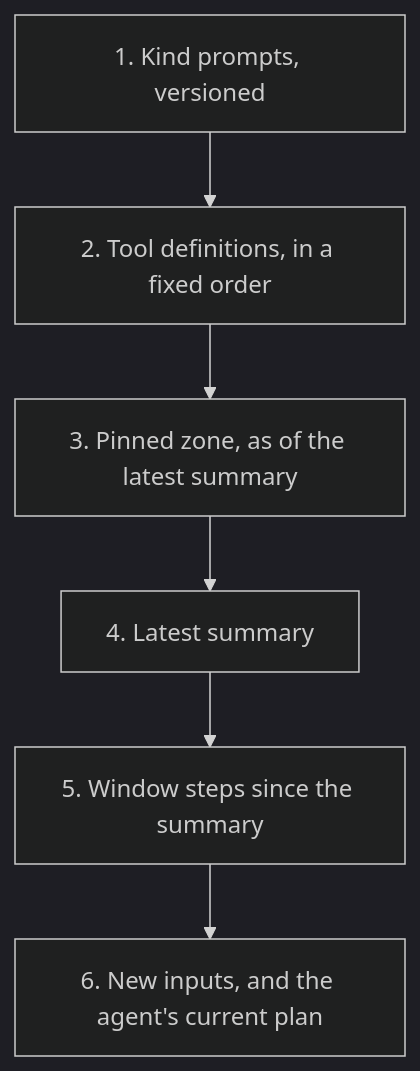
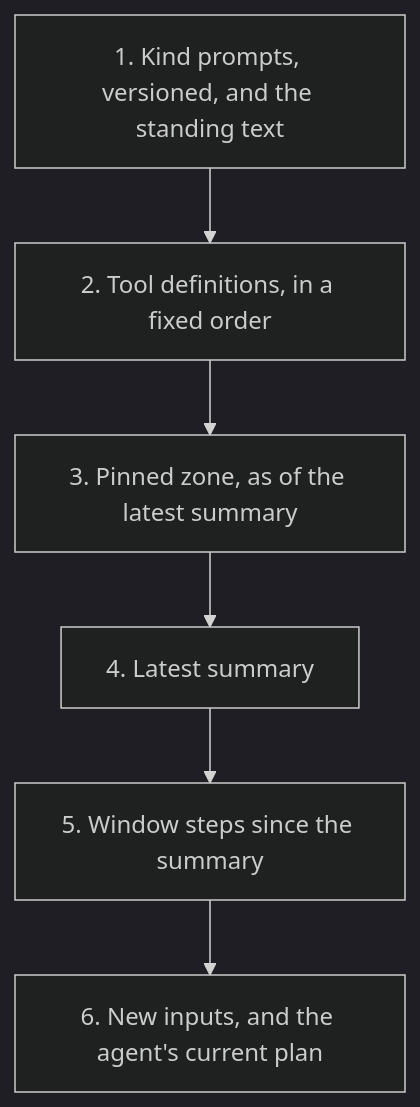
One commit to baristaze/agentic_core changed the fourth of 6 diagrams in agentic_core_spec.md. Above: the diagram before and after it, drawn with Mermaid (dark theme). The commit also changed other lines of this file and 26 other files, not shown here.

First line of the commit message:
A session's standing text renders whole in the system layer, pinned with the session (#97)

````diff
--- a/agentic_core_spec.md
+++ b/agentic_core_spec.md
@@ -480,8 +481,8 @@
 ```mermaid
 flowchart TB
-    A["1. Kind prompts, versioned"] --> B["2. Tool definitions, in a fixed order"]
+    A["1. Kind prompts, versioned, and the standing text"] --> B["2. Tool definitions, in a fixed order"]
     B --> C["3. Pinned zone, as of the latest summary"]
     C --> D["4. Latest summary"]
     D --> E["5. Window steps since the summary"]
     E --> F["6. New inputs, and the agent's current plan"]
 ```
````
